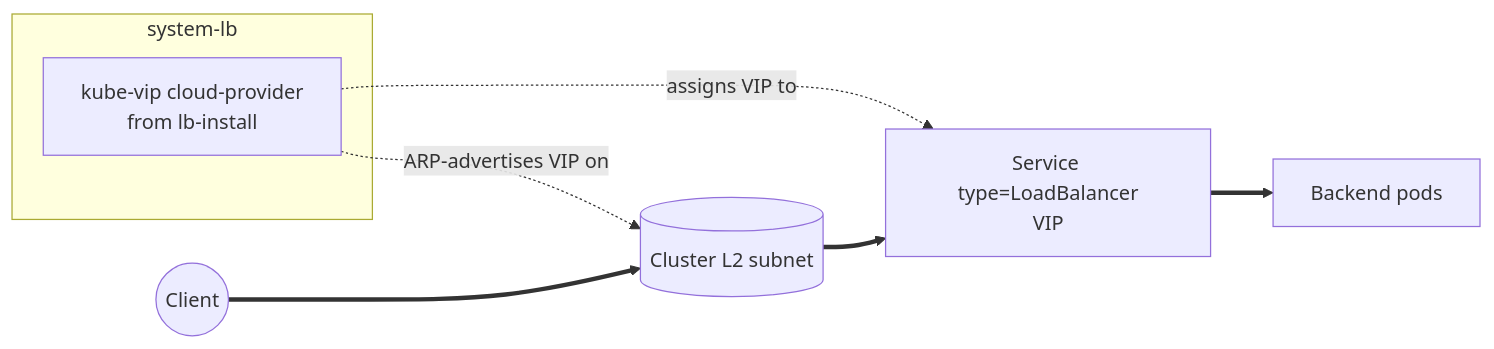
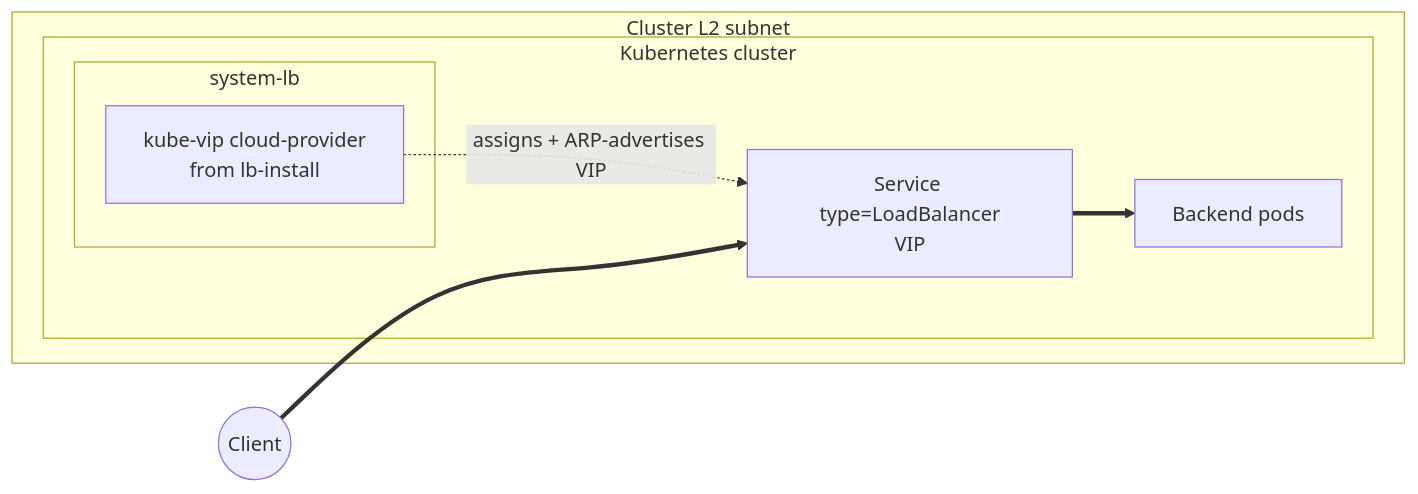
One commit to windsorcli/core changed the third of 3 diagrams in kustomize/lb/README.md. Above: the diagram before and after it, drawn with Mermaid. The commit also changed other lines of this file and 9 other files, not shown here.

````diff
--- a/kustomize/lb/README.md
+++ b/kustomize/lb/README.md
@@ -116,16 +125,18 @@
 ```mermaid
 flowchart LR
   client((Client))
 
-  subgraph systemlb[system-lb]
-    kubevip[kube-vip cloud-provider<br/>from lb-install]
+  subgraph net[Cluster L2 subnet]
+    subgraph cluster[Kubernetes cluster]
+      subgraph systemlb[system-lb]
+        kubevip[kube-vip cloud-provider<br/>from lb-install]
+      end
+
+      svc[Service type=LoadBalancer<br/>VIP]
+      pods[Backend pods]
+    end
   end
 
-  net[(Cluster L2 subnet)]
-  svc[Service type=LoadBalancer<br/>VIP]
-  pods[Backend pods]
-
-  kubevip -. assigns VIP to .-> svc
-  kubevip -. ARP-advertises VIP on .-> net
-  client ==> net ==> svc ==> pods
+  kubevip -. assigns + ARP-advertises VIP .-> svc
+  client ==> svc ==> pods
 ```
````
